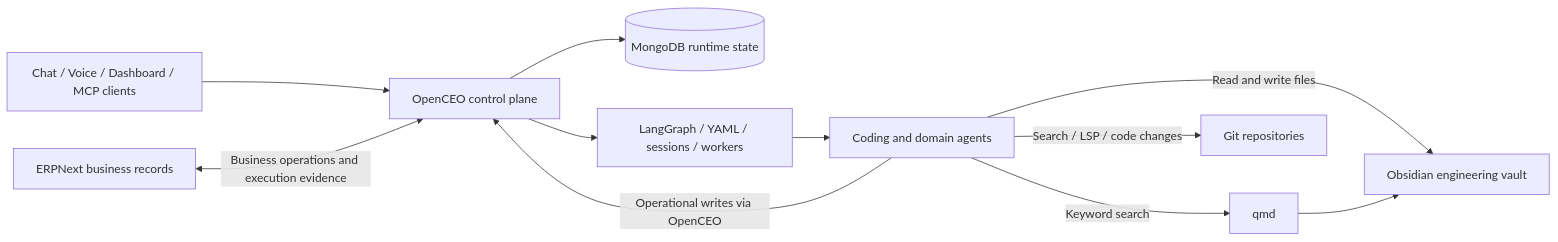
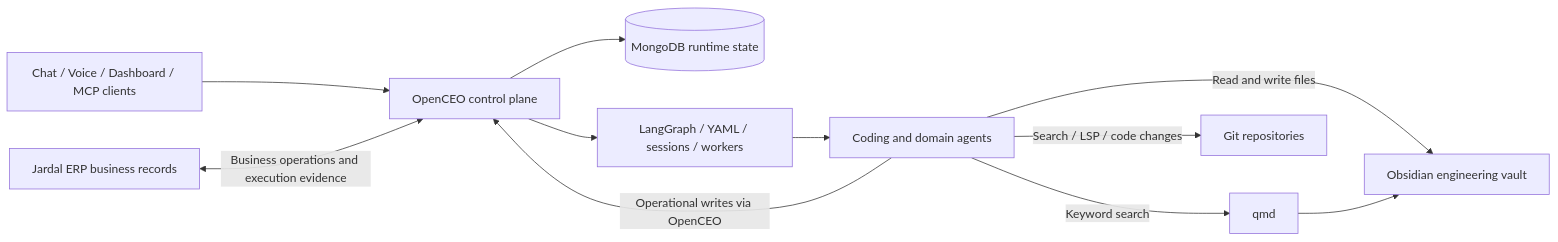
One commit to jardal-app/jardal-openceo changed the diagram in docs/ARCHITECTURE_REFERENCE_2026.md. Above: the diagram before and after it, drawn with Mermaid. The commit also changed other lines of this file and 112 other files, not shown here.

Commit message:
[00318] Renombrar residuo ERPNext → Jardal ERP (alcance completo + aliases una versión)

````diff
--- a/docs/ARCHITECTURE_REFERENCE_2026.md
+++ b/docs/ARCHITECTURE_REFERENCE_2026.md
@@ -36,13 +36,13 @@
 ```mermaid
 flowchart LR
     Channels[Chat / Voice / Dashboard / MCP clients] --> Core[OpenCEO control plane]
-    ERP[ERPNext business records] <-->|Business operations and execution evidence| Core
+    ERP[Jardal ERP business records] <-->|Business operations and execution evidence| Core
     Core --> Mongo[(MongoDB runtime state)]
     Core --> Runtime[LangGraph / YAML / sessions / workers]
     Runtime --> Agents[Coding and domain agents]
     Agents -->|Operational writes via OpenCEO| Core
     Agents -->|Read and write files| Vault[Obsidian engineering vault]
     Agents -->|Keyword search| Search[qmd]
     Search --> Vault
     Agents -->|Search / LSP / code changes| Repo[Git repositories]
 ```
````
